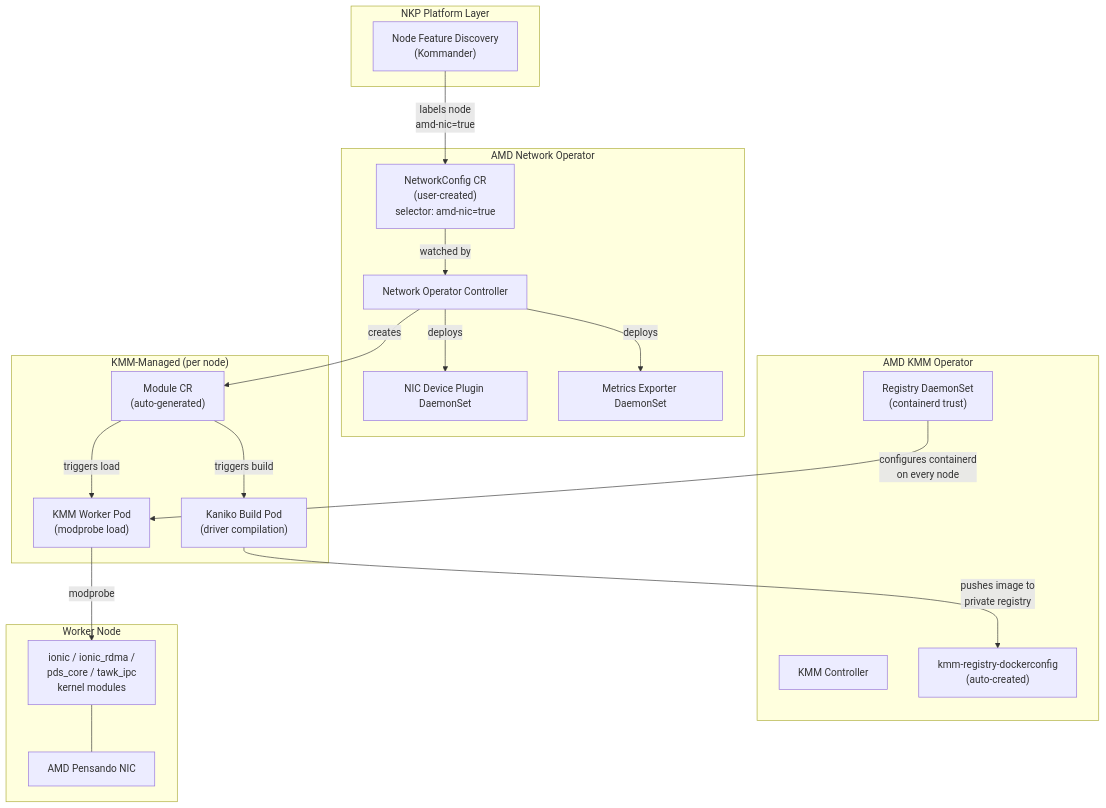
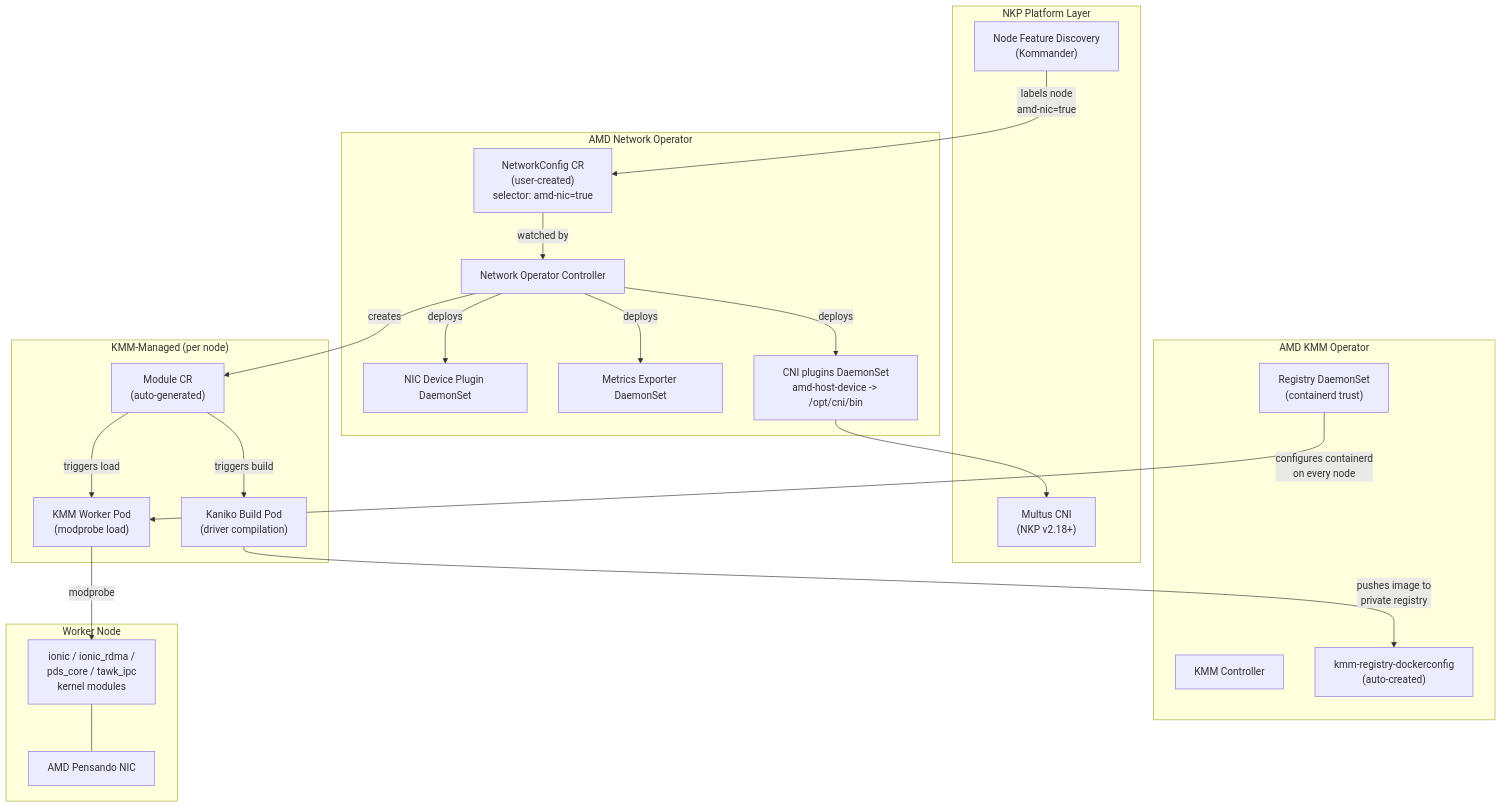
The first of 3 diagrams in applications/amd-network-operator/1.2.0/README.md (nutanix-cloud-native/nkp-ai-applications-catalog), drawn with Mermaid before and after one commit. The commit also changed other lines of this file and 1 other file, not shown here.

Commit message:
chore: Add secondaryNetwork.cniPlugins explanation

````diff
--- a/applications/amd-network-operator/1.2.0/README.md
+++ b/applications/amd-network-operator/1.2.0/README.md
@@ -7,42 +26,46 @@
 ```mermaid
 graph TD
     subgraph "NKP Platform Layer"
         NFD["Node Feature Discovery<br/>(Kommander)"]
+        MULTUS["Multus CNI<br/>(NKP v2.18+)"]
     end
 
     subgraph "AMD KMM Operator"
         KMM["KMM Controller"]
         DC_SECRET["kmm-registry-dockerconfig<br/>(auto-created)"]
         DS["Registry DaemonSet<br/>(containerd trust)"]
     end
 
     subgraph "AMD Network Operator"
         CTRL["Network Operator Controller"]
         NC["NetworkConfig CR<br/>(user-created)<br/>selector: amd-nic=true"]
         DP["NIC Device Plugin DaemonSet"]
         ME["Metrics Exporter DaemonSet"]
+        CNI["CNI plugins DaemonSet<br/>amd-host-device -> /opt/cni/bin"]
     end
 
     subgraph "KMM-Managed (per node)"
         MOD["Module CR<br/>(auto-generated)"]
         KANIKO["Kaniko Build Pod<br/>(driver compilation)"]
         WORKER["KMM Worker Pod<br/>(modprobe load)"]
     end
 
     subgraph "Worker Node"
         NIC["AMD Pensando NIC"]
         KMOD["ionic / ionic_rdma /<br/>pds_core / tawk_ipc<br/>kernel modules"]
     end
 
     NFD -->|"labels node<br/>amd-nic=true"| NC
     NC -->|"watched by"| CTRL
     CTRL -->|"creates"| MOD
     CTRL -->|"deploys"| DP
     CTRL -->|"deploys"| ME
+    CTRL -->|"deploys"| CNI
+    CNI --> MULTUS
     MOD -->|"triggers build"| KANIKO
     KANIKO -->|"pushes image to<br/>private registry"| DC_SECRET
     MOD -->|"triggers load"| WORKER
     WORKER -->|"modprobe"| KMOD
     DS -->|"configures containerd<br/>on every node"| WORKER
     KMOD --- NIC
 ```
````
